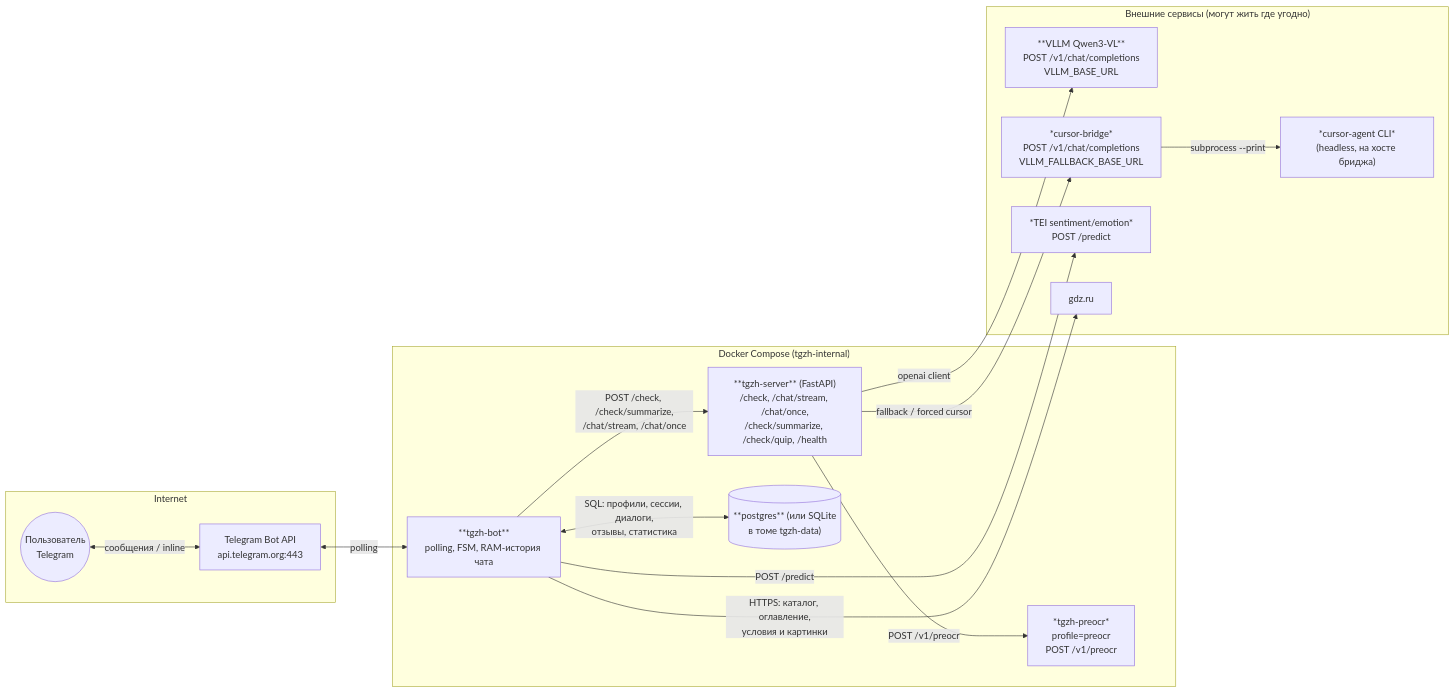
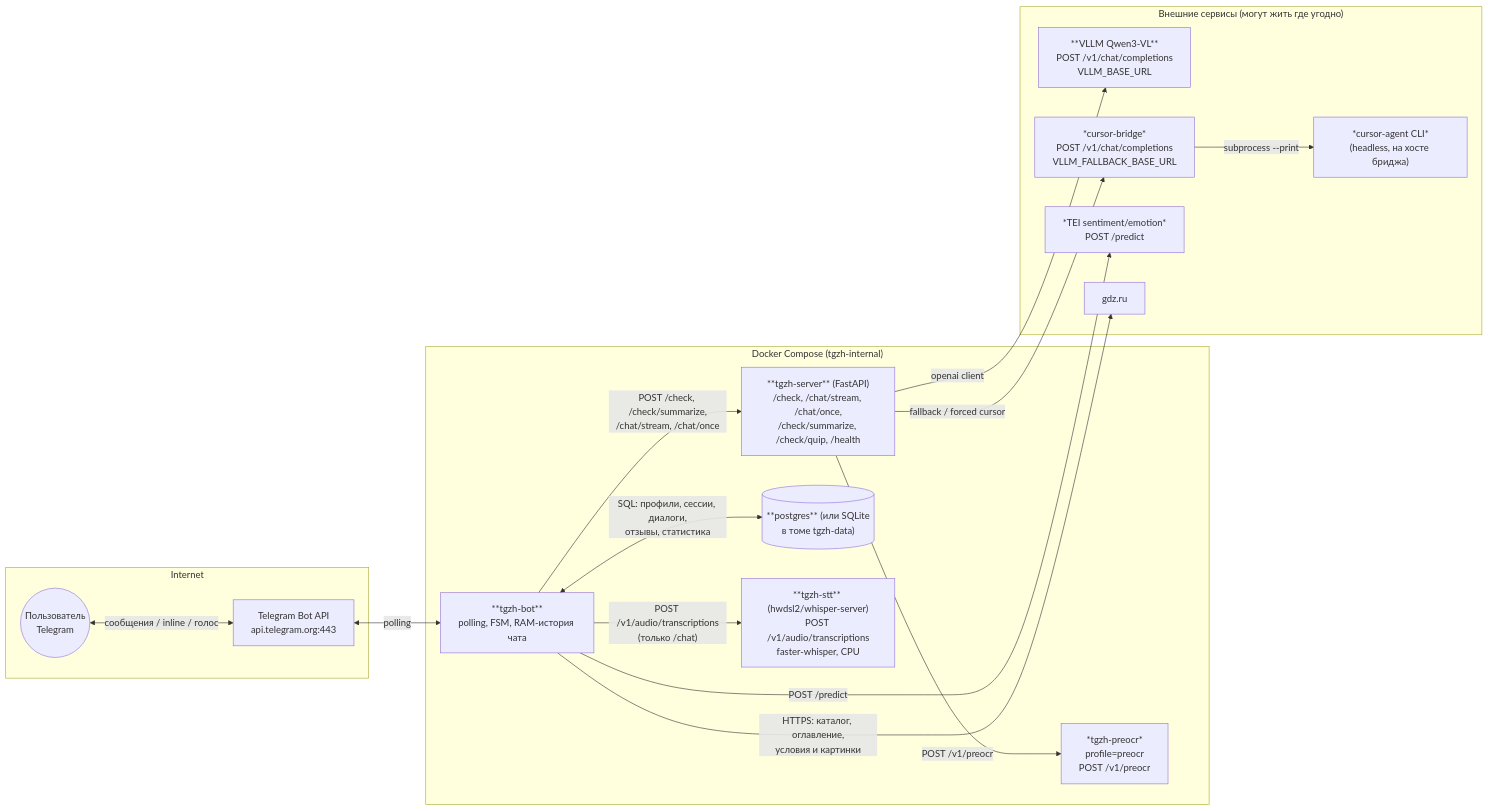
One commit to vramdibs/tgzh changed the diagram in README.md. Above: the diagram before and after it, drawn with Mermaid. The commit also changed other lines of this file and 15 other files, not shown here.

````diff
--- a/README.md
+++ b/README.md
@@ -62,33 +62,35 @@
 ```mermaid
 flowchart LR
     subgraph Internet
         user(("Пользователь<br/>Telegram"))
         tg["Telegram Bot API<br/>api.telegram.org:443"]
     end
 
     subgraph Compose["Docker Compose (tgzh-internal)"]
         bot["**tgzh-bot**<br/>polling, FSM, RAM-история чата"]
         server["**tgzh-server** (FastAPI)<br/>/check, /chat/stream, /chat/once,<br/>/check/summarize, /check/quip, /health"]
         pg[("**postgres** (или SQLite<br/>в томе tgzh-data)")]
         preocr["*tgzh-preocr*<br/>profile=preocr<br/>POST /v1/preocr"]
+        stt["**tgzh-stt** (hwdsl2/whisper-server)<br/>POST /v1/audio/transcriptions<br/>faster-whisper, CPU"]
     end
 
     subgraph External["Внешние сервисы (могут жить где угодно)"]
         vllm["**VLLM Qwen3-VL**<br/>POST /v1/chat/completions<br/>VLLM_BASE_URL"]
         bridge["*cursor-bridge*<br/>POST /v1/chat/completions<br/>VLLM_FALLBACK_BASE_URL"]
         cursorcli["*cursor-agent CLI*<br/>(headless, на хосте бриджа)"]
         tei["*TEI sentiment/emotion*<br/>POST /predict"]
         gdz["gdz.ru"]
     end
 
-    user <-- "сообщения / inline" --> tg
+    user <-- "сообщения / inline / голос" --> tg
     tg <-- "polling" --> bot
     bot -- "POST /check, /check/summarize,<br/>/chat/stream, /chat/once" --> server
     bot <-- "SQL: профили, сессии, диалоги,<br/>отзывы, статистика" --> pg
     bot -- "HTTPS: каталог, оглавление,<br/>условия и картинки" --> gdz
     bot -- "POST /predict" --> tei
+    bot -- "POST /v1/audio/transcriptions<br/>(только /chat)" --> stt
     server -- "openai client" --> vllm
     server -- "fallback / forced cursor" --> bridge
     bridge -- "subprocess --print" --> cursorcli
     server -- "POST /v1/preocr" --> preocr
 ```
````
